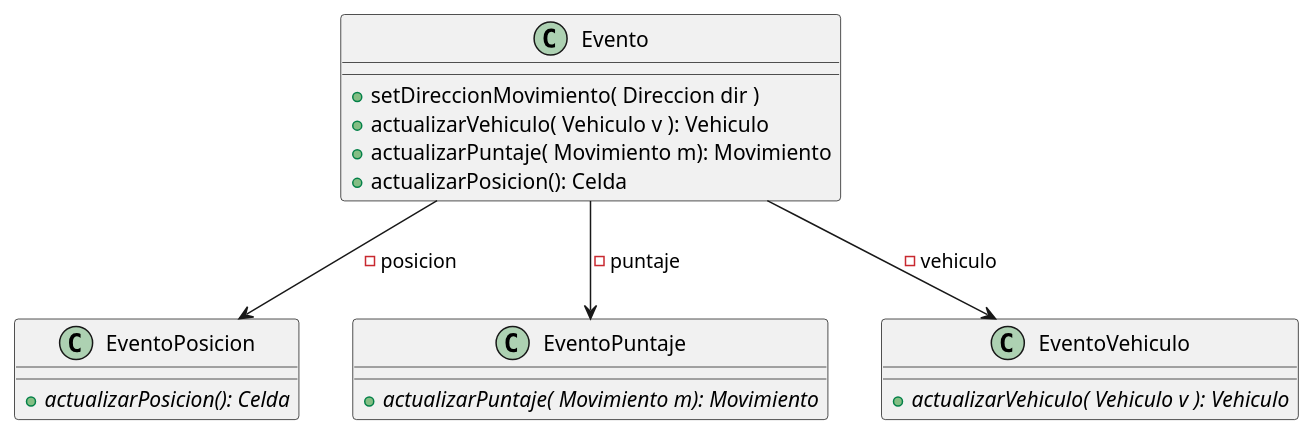
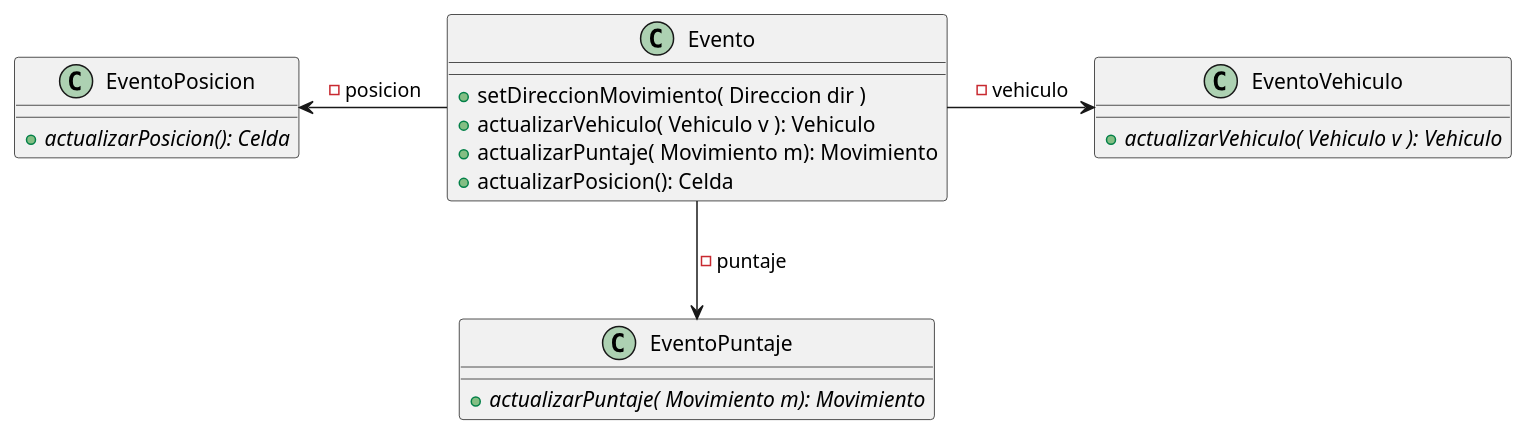
Before and after one commit to rodrigovzq/algo3_tp2: the second of 2 diagrams in diagrams/classes/Evento.puml, drawn with PlantUML. The commit also changed other lines of this file and 1 other file, not shown here.

Commit message:
Actualizacion diagramas de Secuencia

```diff
--- a/diagrams/classes/Evento.puml
+++ b/diagrams/classes/Evento.puml
@@ -65,23 +65,24 @@
 @startuml(id=SINSUBCLASES)
 class Evento{
         + setDireccionMovimiento( Direccion dir )
         + actualizarVehiculo( Vehiculo v ): Vehiculo
         + actualizarPuntaje( Movimiento m): Movimiento
         + actualizarPosicion(): Celda
 }
 
-Evento --> EventoPosicion: - posicion
-Evento --> EventoPuntaje: - puntaje 
-Evento --> EventoVehiculo: - vehiculo 
+
+Evento --> EventoPuntaje: - puntaje
+Evento -right-> EventoVehiculo: - vehiculo
+Evento -left-> EventoPosicion: - posicion
 
 class EventoPosicion{
         + {abstract} actualizarPosicion(): Celda
 }
 class EventoVehiculo{
         + {abstract} actualizarVehiculo( Vehiculo v ): Vehiculo
 }
 class EventoPuntaje{
         + {abstract} actualizarPuntaje( Movimiento m): Movimiento
 }
 
 @enduml
```
